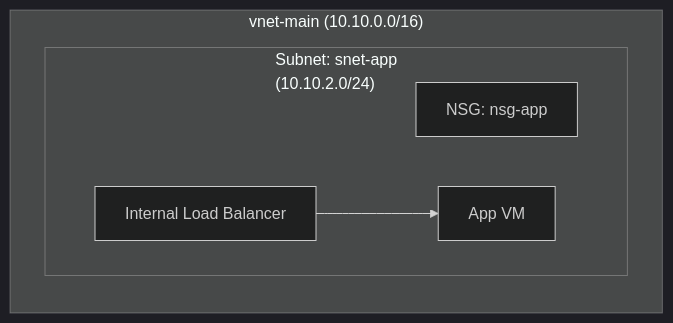
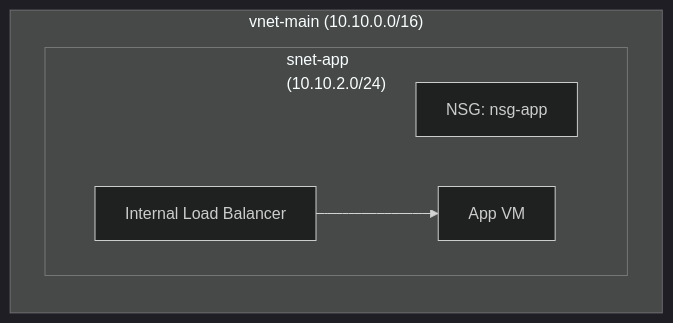
One commit to Ch3rry-Pi3-Azure/Azure-3-Tier-VNet changed the sixth of 7 diagrams in guides/setup.md. Above: the diagram before and after it, drawn with Mermaid (dark theme). The commit also changed other lines of this file, not shown here.

````diff
--- a/guides/setup.md
+++ b/guides/setup.md
@@ -278,11 +278,11 @@
 ```mermaid
 flowchart LR
     subgraph VNet["vnet-main (10.10.0.0/16)"]
-        subgraph App["Subnet: snet-app <br/> (10.10.2.0/24)"]
+        subgraph App["snet-app <br/> (10.10.2.0/24)"]
             AppNSG[NSG: nsg-app]
             ILB[Internal Load Balancer]
             AppVM[App VM]
         end
     end
     ILB --> AppVM
 ```
````
